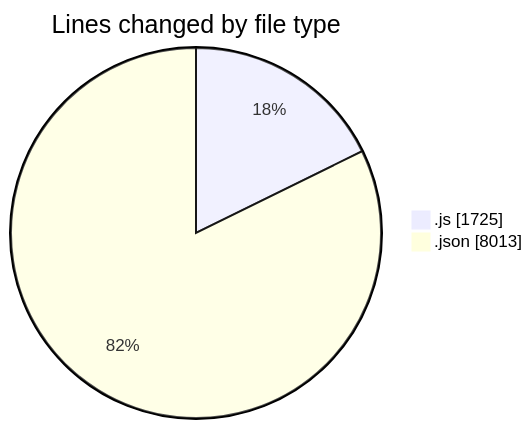
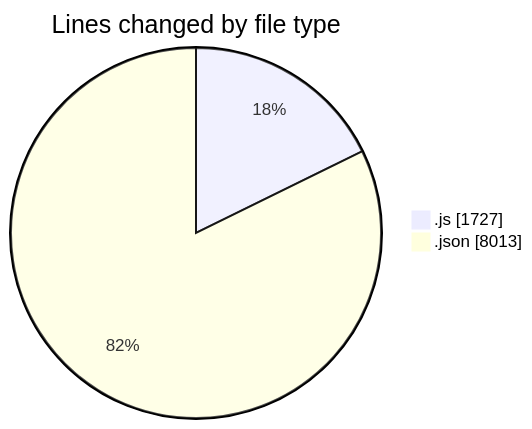
One commit to momahboobian/code-tracking changed the first of 2 diagrams in 2025-01-11/good-pr/README.md. Above: the diagram before and after it, drawn with Mermaid. The commit also changed other lines of this file and 1 other file, not shown here.

````diff
--- a/2025-01-11/good-pr/README.md
+++ b/2025-01-11/good-pr/README.md
@@ -38,6 +38,6 @@
 ```mermaid
 pie showData
 title Lines changed by file type
-".js" : 1725
+".js" : 1727
 ".json" : 8013
 ```
````
